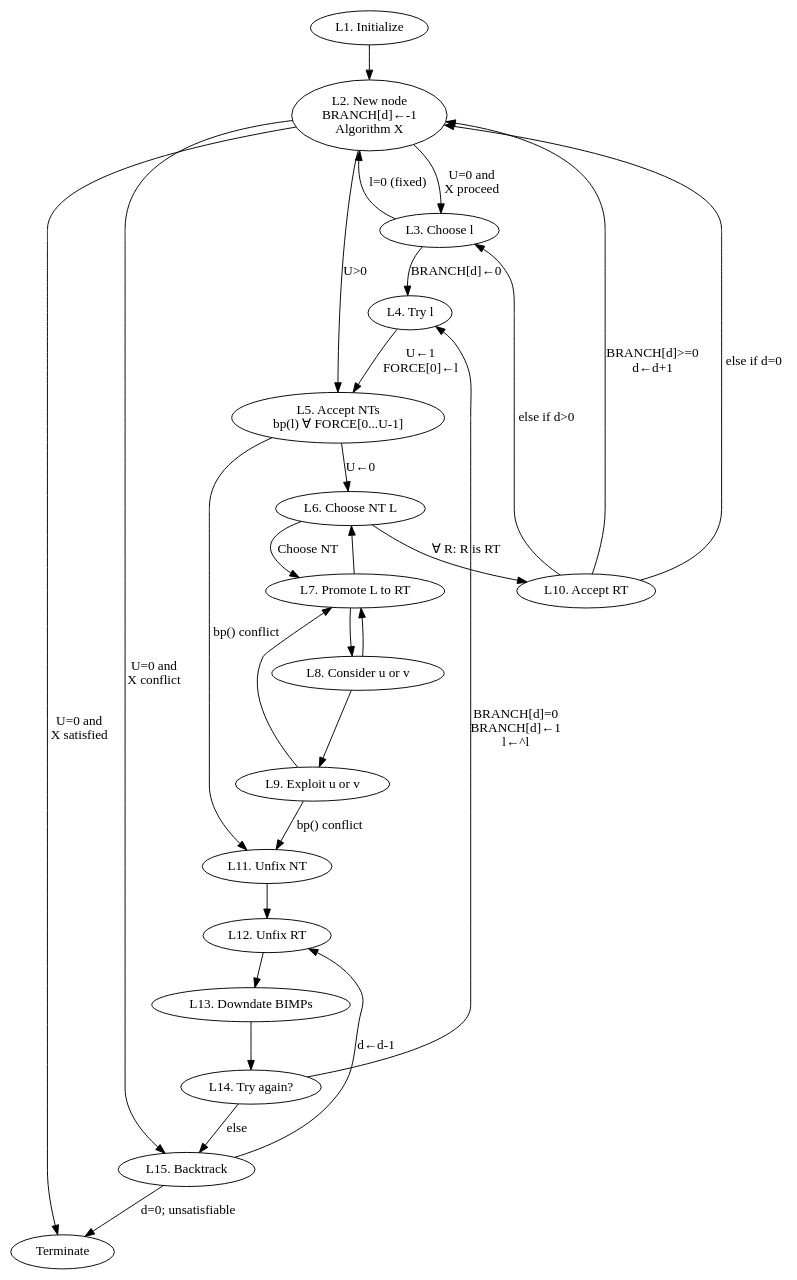
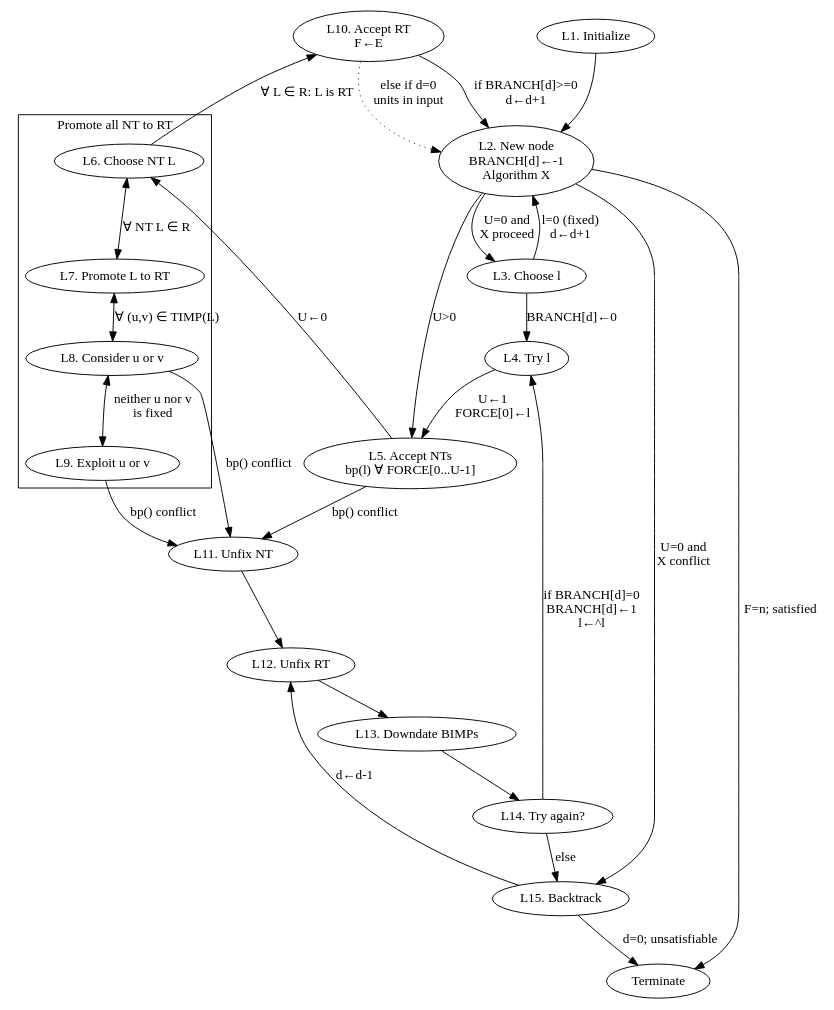
Before and after one commit to wallberg/sandbox-go: the diagram in doc/taocp-7-2-2-2-AlgorithmL.dot, drawn with Graphviz. The commit also changed 2 other files, not shown here.

```diff
--- a/doc/taocp-7-2-2-2-AlgorithmL.dot
+++ b/doc/taocp-7-2-2-2-AlgorithmL.dot
@@ -1,51 +1,54 @@
 digraph G {
     graph [fontname = "verdana"];
     node [fontname = "verdana"];
     edge [fontname = "verdana"];
 
     L1 [label="L1. Initialize"]
     L2 [label="L2. New node\nBRANCH[d]←-1\nAlgorithm X"]
     L3 [label="L3. Choose l"]
     L4 [label="L4. Try l"]
     L5 [label="L5. Accept NTs\nbp(l) ∀ FORCE[0...U-1]"]
-    L6 [label="L6. Choose NT L"]
-    L7 [label="L7. Promote L to RT"]
-    L8 [label="L8. Consider u or v"]
-    L9 [label="L9. Exploit u or v"]
-    L10 [label="L10. Accept RT"]
+
+    subgraph cluster_0 {
+        label="Promote all NT to RT"
+        L6 [label="L6. Choose NT L"];
+        L7 [label="L7. Promote L to RT"];
+        L8 [label="L8. Consider u or v"];
+        L9 [label="L9. Exploit u or v"];
+    }
+
+    L10 [label="L10. Accept RT\nF←E"]
     L11 [label="L11. Unfix NT"]
     L12 [label="L12. Unfix RT"]
     L13 [label="L13. Downdate BIMPs"]
     L14 [label="L14. Try again?"]
     L15 [label="L15. Backtrack"]
 
     L1 -> L2
-    L2 -> Terminate [label="U=0 and\nX satisfied"]
+    L2 -> Terminate [label="F=n; satisfied"]
     L2 -> L15 [label="U=0 and\nX conflict"]
     L2 -> L3 [label="U=0 and\nX proceed"]
     L2 -> L5 [label="U>0"]
-    L3 -> L2 [label="l=0 (fixed)"]
+    L3 -> L2 [label="l=0 (fixed)\nd←d+1"]
     L3 -> L4 [label="BRANCH[d]←0"]
     L4 -> L5 [label="U←1\nFORCE[0]←l"]
     L5 -> L6 [label="U←0"]
     L5 -> L11 [label="bp() conflict"]
-    L6 -> L10 [label="∀ R: R is RT"]
-    L6 -> L7 [label="Choose NT"]
-    L7 -> L6
-    L7 -> L8
-    L8 -> L7
-    L8 -> L9
-    L9 -> L7
+    L6 -> L10 [label="∀ L ∈ R: L is RT"]
+    L6 -> L7 [label="∀ NT L ∈ R"; dir="both"]
+    L7 -> L8 [label="∀ (u,v) ∈ TIMP(L)"; dir="both"]
+    L8 -> L9 [label="neither u nor v\nis fixed" dir="both"]
+    L8 -> L11 [label="bp() conflict"]
     L9 -> L11 [label="bp() conflict"]
-    L10 -> L2 [label="BRANCH[d]>=0\n d←d+1"]
-    L10 -> L3 [label="else if d>0"]
-    L10 -> L2 [label="else if d=0"]
+    L10 -> L2 [label="if BRANCH[d]>=0\nd←d+1"]
+    #L10 -> L3 [label="else if d>0"] // Does not occur for L^0
+    L10 -> L2 [label="else if d=0\nunits in input"; style="dotted"]
     L11 -> L12 -> L13 -> L14
-    L14 -> L4 [label="BRANCH[d]=0\nBRANCH[d]←1\nl←^l"]
+    L14 -> L4 [label="if BRANCH[d]=0\nBRANCH[d]←1\nl←^l"]
     L14 -> L15 [label="else"]
     L15 -> Terminate [label="d=0; unsatisfiable"]
     L15 -> L12 [label="d←d-1"]
 
     // {rank = same; L1; L2;}
     // {rank = same; L15; Terminate;}
 }
```
